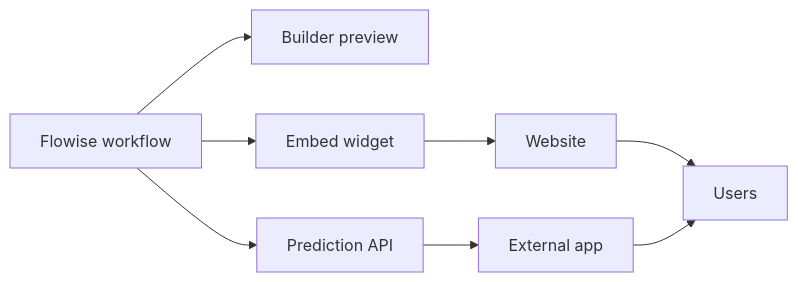
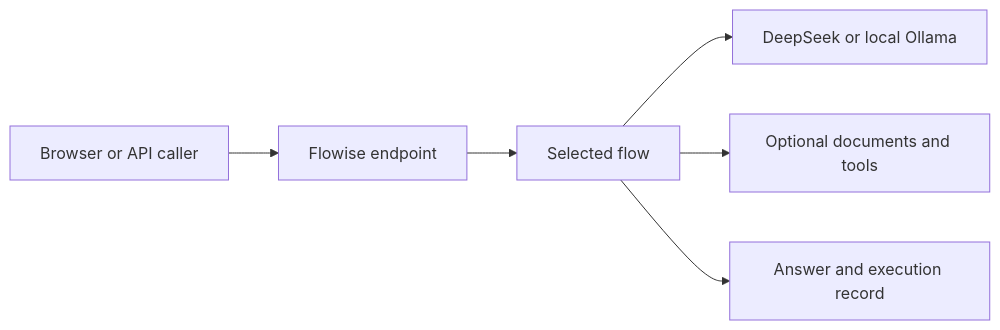
Before and after one commit to tulip-lab/agentic-AI-lab: the diagram in M03-Context-Orchestration/Flowise/M03E-Flowise-Embed-API-Deployment-Readiness.md, drawn with Mermaid. The commit also changed other lines of this file and 31 other files, not shown here.

Commit message:
docs(m03): rebuild English Flowise labs with verified examples

````diff
--- a/M03-Context-Orchestration/Flowise/M03E-Flowise-Embed-API-Deployment-Readiness.md
+++ b/M03-Context-Orchestration/Flowise/M03E-Flowise-Embed-API-Deployment-Readiness.md
@@ -35,10 +27,8 @@
-```mermaid
+~~~mermaid
 flowchart LR
-    A[Flowise workflow] --> B[Builder preview]
-    A --> C[Embed widget]
-    A --> D[Prediction API]
-    C --> E[Website]
-    D --> F[External app]
-    E --> G[Users]
-    F --> G
-```
+    U[Browser or API caller] --> F[Flowise endpoint]
+    F --> W[Selected flow]
+    W --> M[DeepSeek or local Ollama]
+    W --> K[Optional documents and tools]
+    W --> O[Answer and execution record]
+~~~
````
